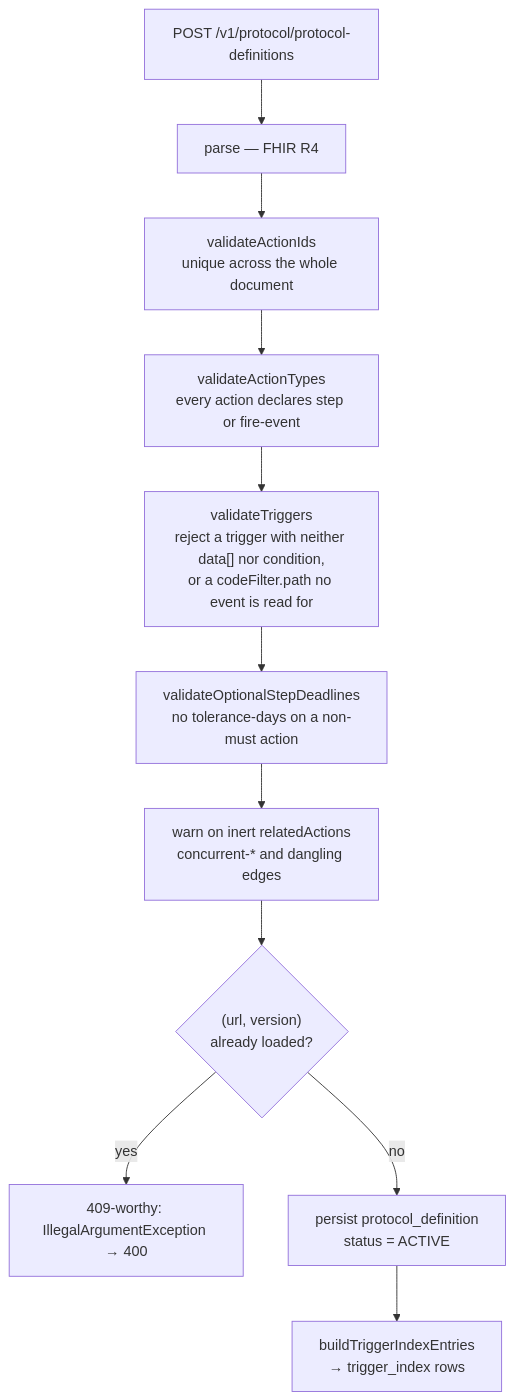
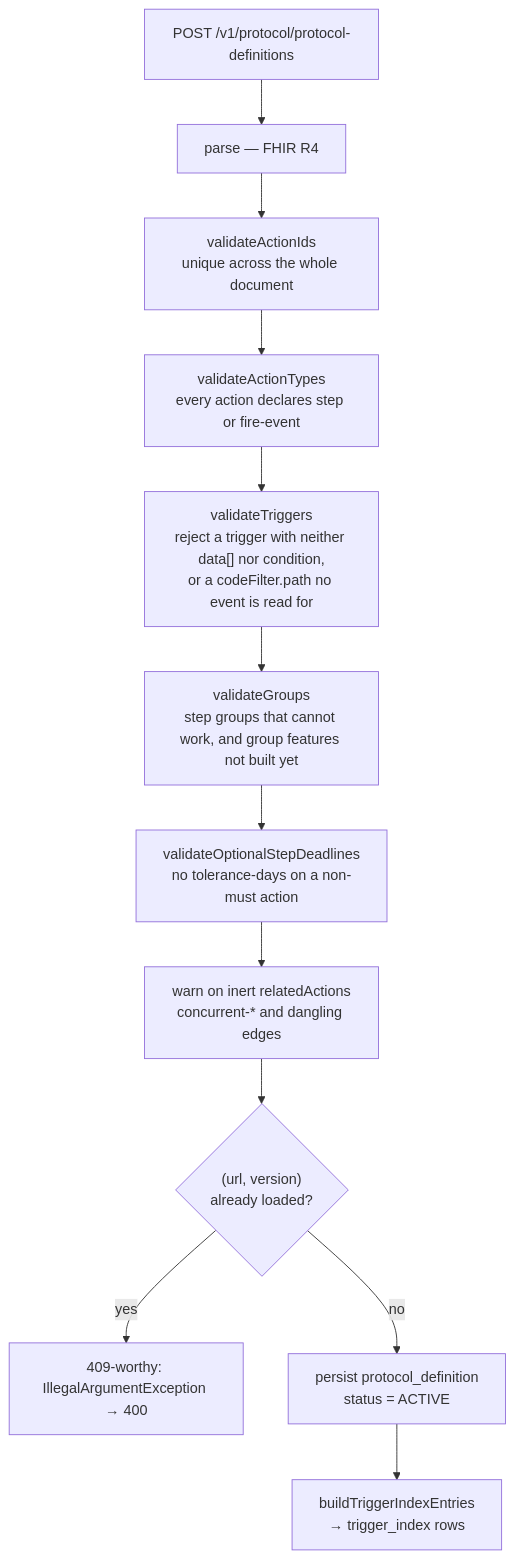
Before and after one commit to openphc/cce-protocol-service: the diagram in docs/architecture-overview.md, drawn with Mermaid. The commit also changed other lines of this file and 2 other files, not shown here.

Commit message:
group steps phase1 implementation

````diff
--- a/docs/architecture-overview.md
+++ b/docs/architecture-overview.md
@@ -42,13 +42,14 @@
 ```mermaid
 flowchart TD
     A["POST /v1/protocol/protocol-definitions"] --> B["parse — FHIR R4"]
     B --> C["validateActionIds<br/>unique across the whole document"]
     C --> D["validateActionTypes<br/>every action declares step or fire-event"]
     D --> E["validateTriggers<br/>reject a trigger with neither data[] nor condition,<br/>or a codeFilter.path no event is read for"]
-    E --> E2["validateOptionalStepDeadlines<br/>no tolerance-days on a non-must action"]
+    E --> EG["validateGroups<br/>step groups that cannot work, and group features not built yet"]
+    EG --> E2["validateOptionalStepDeadlines<br/>no tolerance-days on a non-must action"]
     E2 --> F["warn on inert relatedActions<br/>concurrent-* and dangling edges"]
     F --> G{"(url, version)<br/>already loaded?"}
     G -->|yes| H["409-worthy: IllegalArgumentException → 400"]
     G -->|no| I["persist protocol_definition<br/>status = ACTIVE"]
     I --> J["buildTriggerIndexEntries<br/>→ trigger_index rows"]
 ```
````
